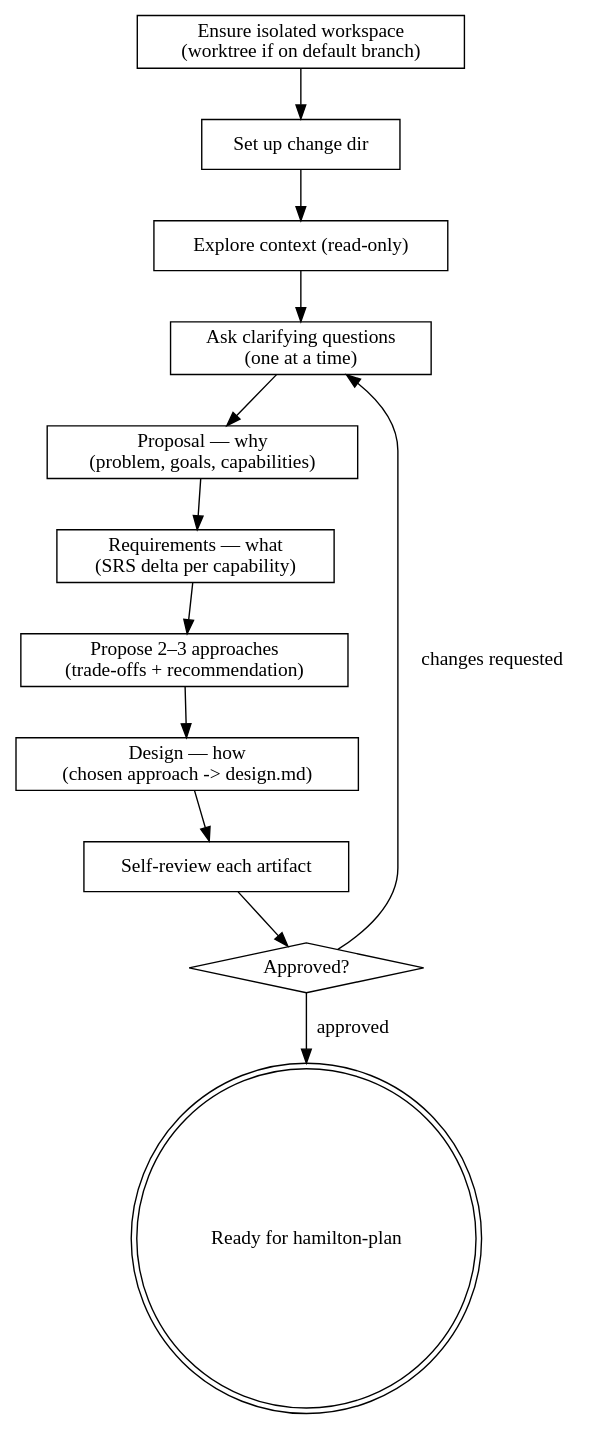
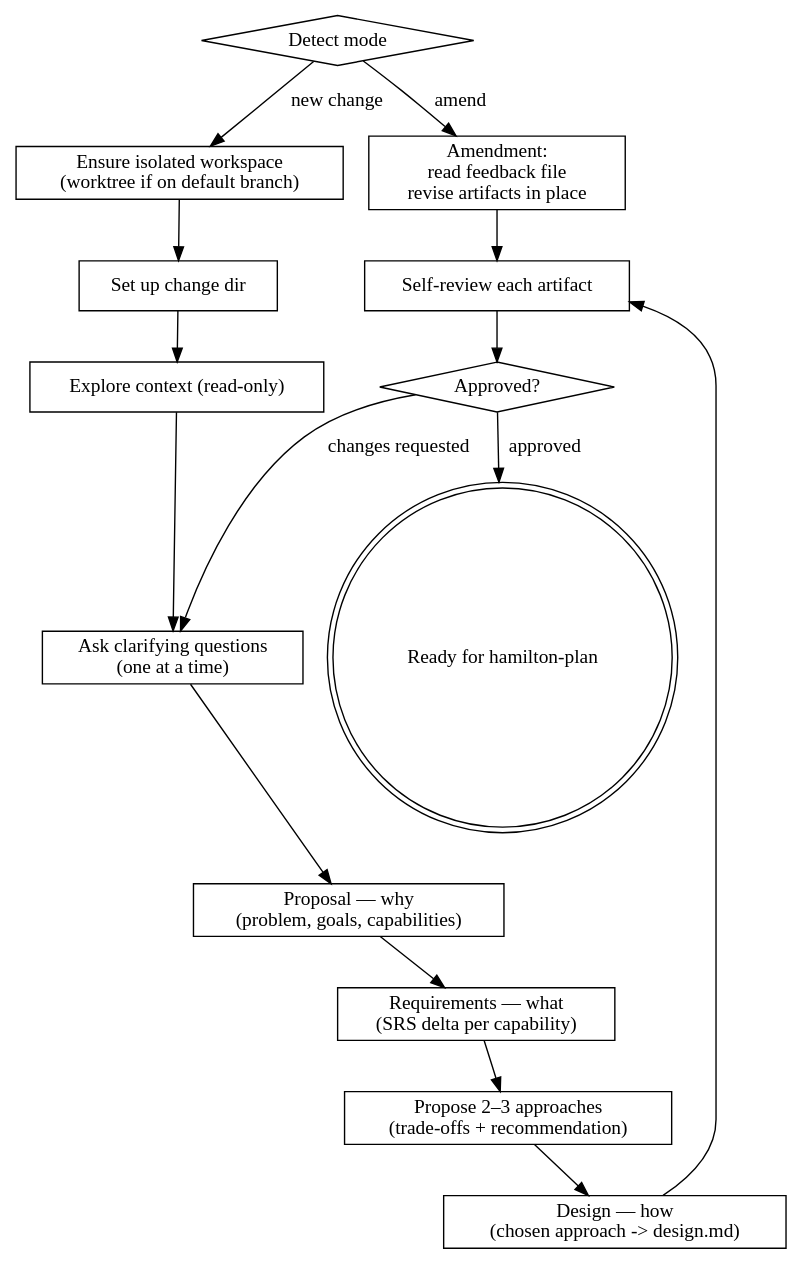
One commit to caiorcferreira/hamilton changed the diagram in skills/hamilton-propose/SKILL.md. Above: the diagram before and after it, drawn with Graphviz. The commit also changed other lines of this file and 10 other files, not shown here.

````diff
--- a/skills/hamilton-propose/SKILL.md
+++ b/skills/hamilton-propose/SKILL.md
@@ -170,27 +214,32 @@
 ```dot
 digraph hamilton_propose {
+    "Detect mode" [shape=diamond];
+    "Amendment:\nread feedback file\nrevise artifacts in place" [shape=box];
     "Ensure isolated workspace\n(worktree if on default branch)" [shape=box];
     "Set up change dir" [shape=box];
     "Explore context (read-only)" [shape=box];
     "Ask clarifying questions\n(one at a time)" [shape=box];
     "Proposal — why\n(problem, goals, capabilities)" [shape=box];
     "Requirements — what\n(SRS delta per capability)" [shape=box];
     "Propose 2–3 approaches\n(trade-offs + recommendation)" [shape=box];
     "Design — how\n(chosen approach -> design.md)" [shape=box];
     "Self-review each artifact" [shape=box];
     "Approved?" [shape=diamond];
     "Ready for hamilton-plan" [shape=doublecircle];
 
+    "Detect mode" -> "Amendment:\nread feedback file\nrevise artifacts in place" [label="amend"];
+    "Detect mode" -> "Ensure isolated workspace\n(worktree if on default branch)" [label="new change"];
     "Ensure isolated workspace\n(worktree if on default branch)" -> "Set up change dir";
     "Set up change dir" -> "Explore context (read-only)";
     "Explore context (read-only)" -> "Ask clarifying questions\n(one at a time)";
     "Ask clarifying questions\n(one at a time)" -> "Proposal — why\n(problem, goals, capabilities)";
     "Proposal — why\n(problem, goals, capabilities)" -> "Requirements — what\n(SRS delta per capability)";
     "Requirements — what\n(SRS delta per capability)" -> "Propose 2–3 approaches\n(trade-offs + recommendation)";
     "Propose 2–3 approaches\n(trade-offs + recommendation)" -> "Design — how\n(chosen approach -> design.md)";
     "Design — how\n(chosen approach -> design.md)" -> "Self-review each artifact";
     "Self-review each artifact" -> "Approved?";
     "Approved?" -> "Ask clarifying questions\n(one at a time)" [label="changes requested"];
     "Approved?" -> "Ready for hamilton-plan" [label="approved"];
+    "Amendment:\nread feedback file\nrevise artifacts in place" -> "Self-review each artifact";
 }
 ```
````
